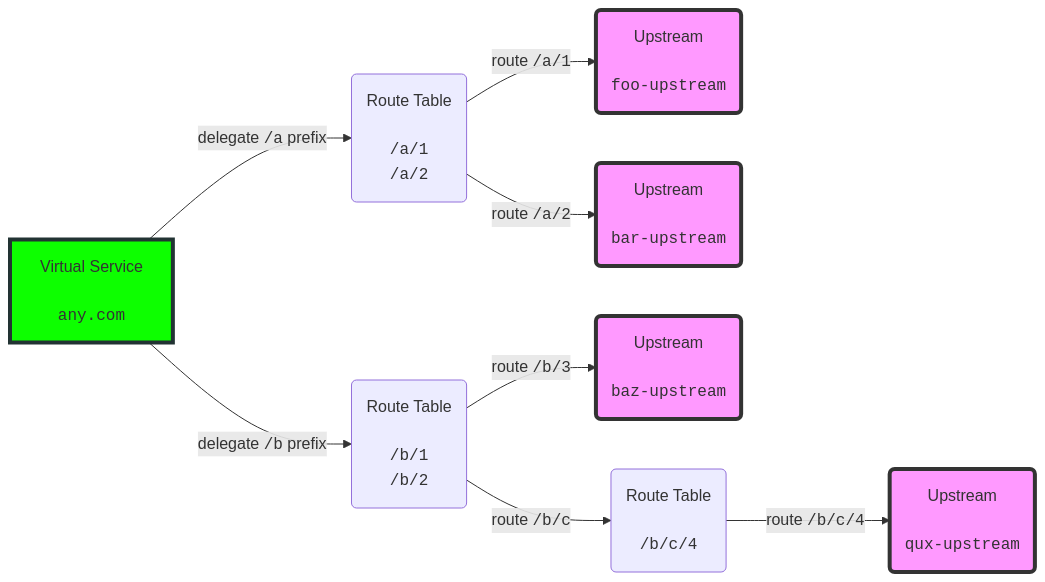
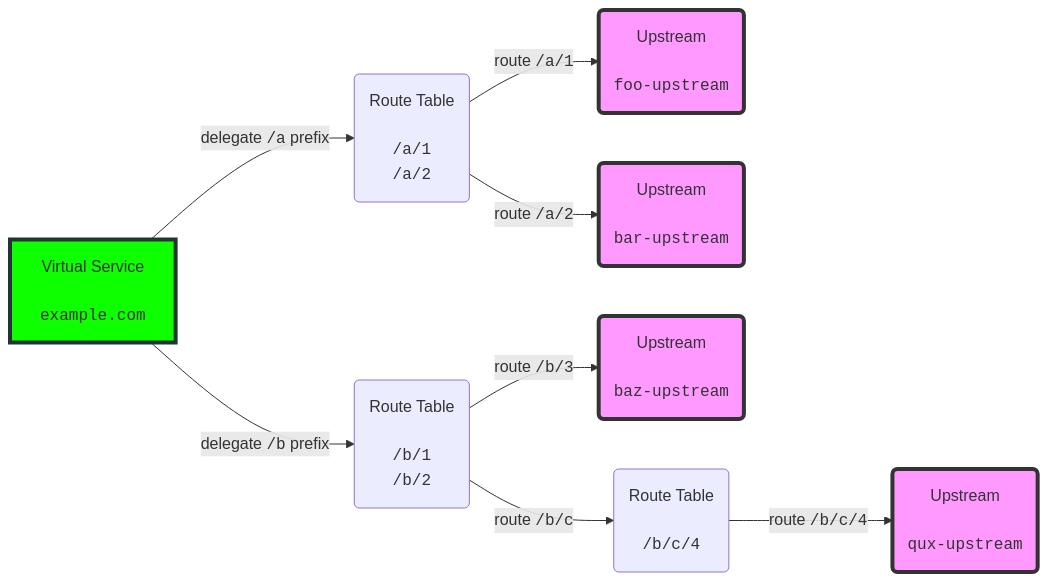
The seventh of 10 diagrams in docs/content/gloo_routing/virtual_services/delegation/_index.md (solo-io/gloo), drawn with Mermaid before and after one commit. The commit also changed other lines of this file, not shown here.

First line of the commit message:
Use less ambiguous example values in delegation doc (#2420)

```diff
--- a/docs/content/gloo_routing/virtual_services/delegation/_index.md
+++ b/docs/content/gloo_routing/virtual_services/delegation/_index.md
@@ -263,26 +263,26 @@
 {{<mermaid align="left">}}
 graph LR;
 
-    vs[Virtual Service <br> <br> <code>any.com</code>] 
+    vs[Virtual Service <br> <br> <code>example.com</code>] 
     
     vs -->|delegate <code>/a</code> prefix | rt1(Route Table <br> <br> <code>/a/1</code> <br> <code>/a/2</code>)
 
     vs -->|delegate <code>/b</code> prefix | rt2(Route Table <br> <br> <code>/b/1</code> <br> <code>/b/2</code>)
     
     rt1 -->|route <code>/a/1</code> | us1(Upstream <br> <br> <code>foo-upstream</code>)
     
     rt1 -->|route <code>/a/2</code> | us2(Upstream <br> <br> <code>bar-upstream</code>)
     
     rt2 -->|route <code>/b/3</code> | us3(Upstream <br> <br> <code>baz-upstream</code>)
     
     rt2 -->|route <code>/b/c</code> | rt3(Route Table <br> <br> <code>/b/c/4</code>)
     
     rt3 -->|route <code>/b/c/4</code> | us4(Upstream <br> <br> <code>qux-upstream</code>)
     
      style vs fill:#0DFF00,stroke:#233,stroke-width:4px
      style us1 fill:#f9f,stroke:#333,stroke-width:4px
      style us2 fill:#f9f,stroke:#333,stroke-width:4px
      style us3 fill:#f9f,stroke:#333,stroke-width:4px
      style us4 fill:#f9f,stroke:#333,stroke-width:4px
     
 {{< /mermaid >}}
```
